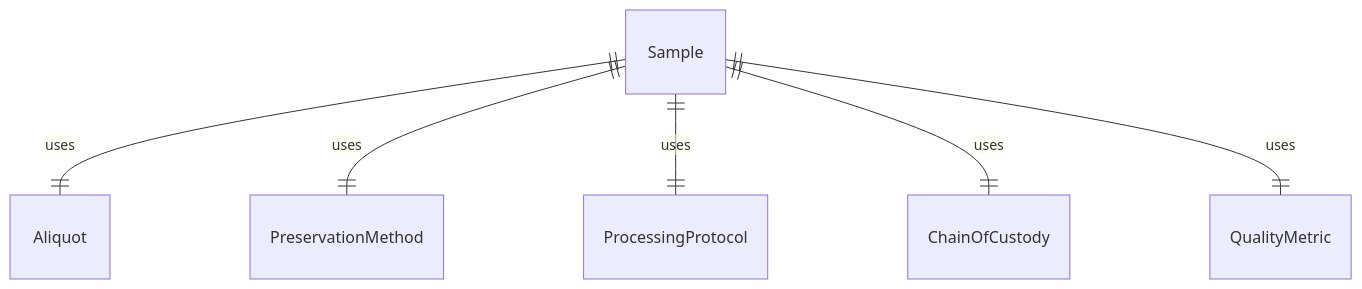
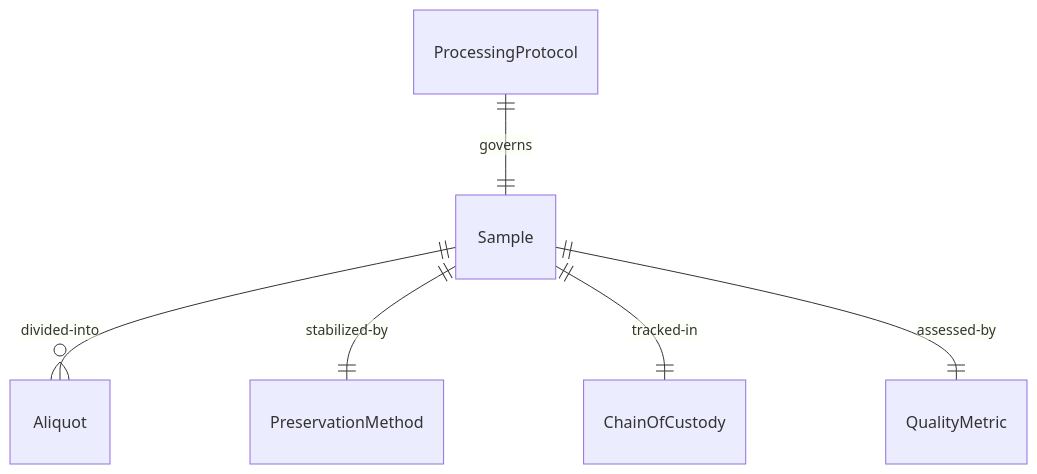
One commit to dot-org-ai/tasks.org.ai changed the first of 4 diagrams in HandlingAndMovingObjects/PrepareSpecimensOrMaterialsForTesting/PrepareBiologicalSamplesTestingAnalysis.mdx. Above: the diagram before and after it, drawn with Mermaid. The commit also changed other lines of this file and 515 other files, not shown here.

````diff
--- a/HandlingAndMovingObjects/PrepareSpecimensOrMaterialsForTesting/PrepareBiologicalSamplesTestingAnalysis.mdx
+++ b/HandlingAndMovingObjects/PrepareSpecimensOrMaterialsForTesting/PrepareBiologicalSamplesTestingAnalysis.mdx
@@ -88,8 +88,8 @@
 ```mermaid
 erDiagram
-    Sample ||--|| Aliquot : "uses"
-    Sample ||--|| PreservationMethod : "uses"
-    Sample ||--|| ProcessingProtocol : "uses"
-    Sample ||--|| ChainOfCustody : "uses"
-    Sample ||--|| QualityMetric : "uses"
+    Sample ||--o{ Aliquot : "divided-into"
+    Sample ||--|| PreservationMethod : "stabilized-by"
+    ProcessingProtocol ||--|| Sample : "governs"
+    Sample ||--|| ChainOfCustody : "tracked-in"
+    Sample ||--|| QualityMetric : "assessed-by"
 ```
````
